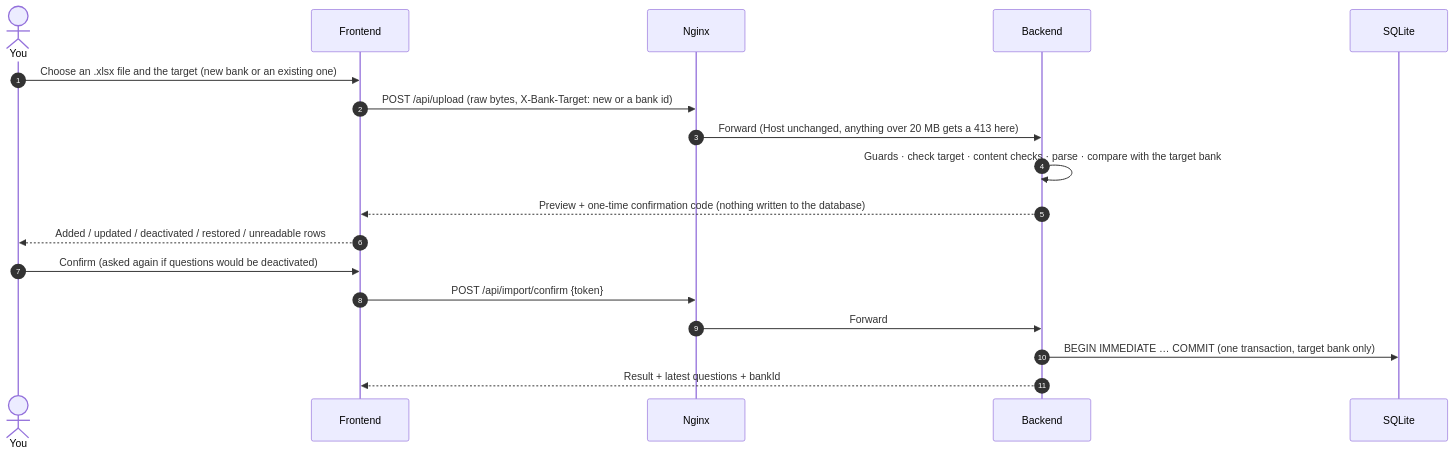
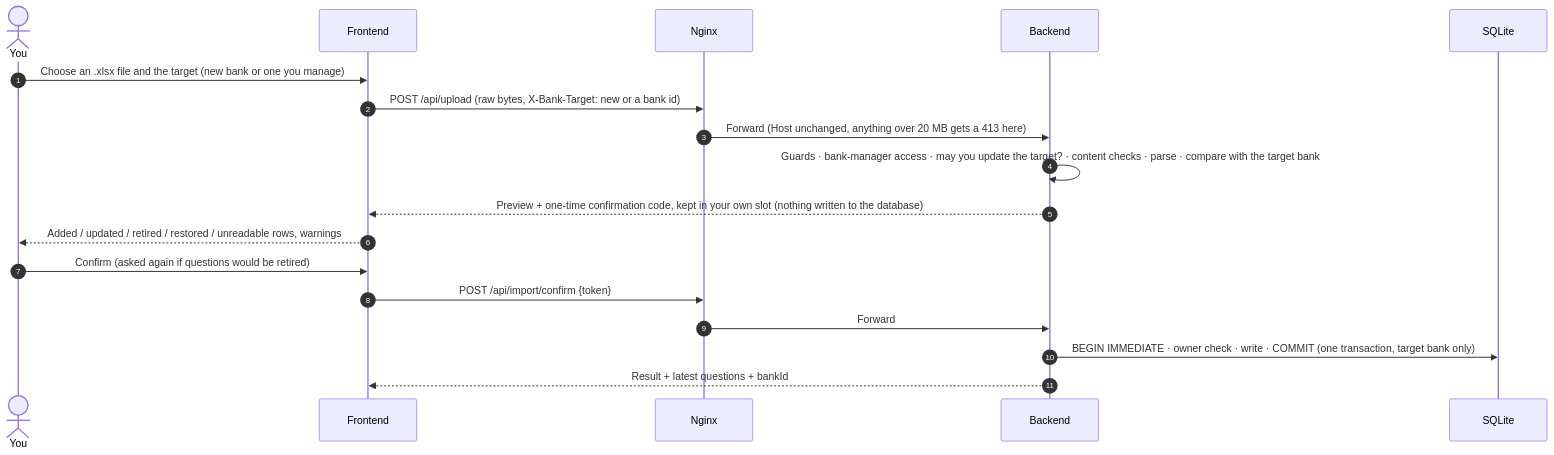
Before and after one commit to Yumin-Space/xexam: the fifth of 5 diagrams in docs/en/architecture.md, drawn with Mermaid. The commit also changed other lines of this file and 295 other files, not shown here.

````diff
--- a/docs/en/architecture.md
+++ b/docs/en/architecture.md
@@ -205,20 +275,20 @@
 ```mermaid
 sequenceDiagram
     autonumber
     actor You
     participant F as Frontend
     participant N as Nginx
     participant B as Backend
     participant D as SQLite
-    You->>F: Choose an .xlsx file and the target (new bank or an existing one)
+    You->>F: Choose an .xlsx file and the target (new bank or one you manage)
     F->>N: POST /api/upload (raw bytes, X-Bank-Target: new or a bank id)
     N->>B: Forward (Host unchanged, anything over 20 MB gets a 413 here)
-    B->>B: Guards · check target · content checks · parse · compare with the target bank
-    B-->>F: Preview + one-time confirmation code (nothing written to the database)
-    F-->>You: Added / updated / deactivated / restored / unreadable rows
-    You->>F: Confirm (asked again if questions would be deactivated)
+    B->>B: Guards · bank-manager access · may you update the target? · content checks · parse · compare with the target bank
+    B-->>F: Preview + one-time confirmation code, kept in your own slot (nothing written to the database)
+    F-->>You: Added / updated / retired / restored / unreadable rows, warnings
+    You->>F: Confirm (asked again if questions would be retired)
     F->>N: POST /api/import/confirm {token}
     N->>B: Forward
-    B->>D: BEGIN IMMEDIATE … COMMIT (one transaction, target bank only)
+    B->>D: BEGIN IMMEDIATE · owner check · write · COMMIT (one transaction, target bank only)
     B-->>F: Result + latest questions + bankId
 ```
````
